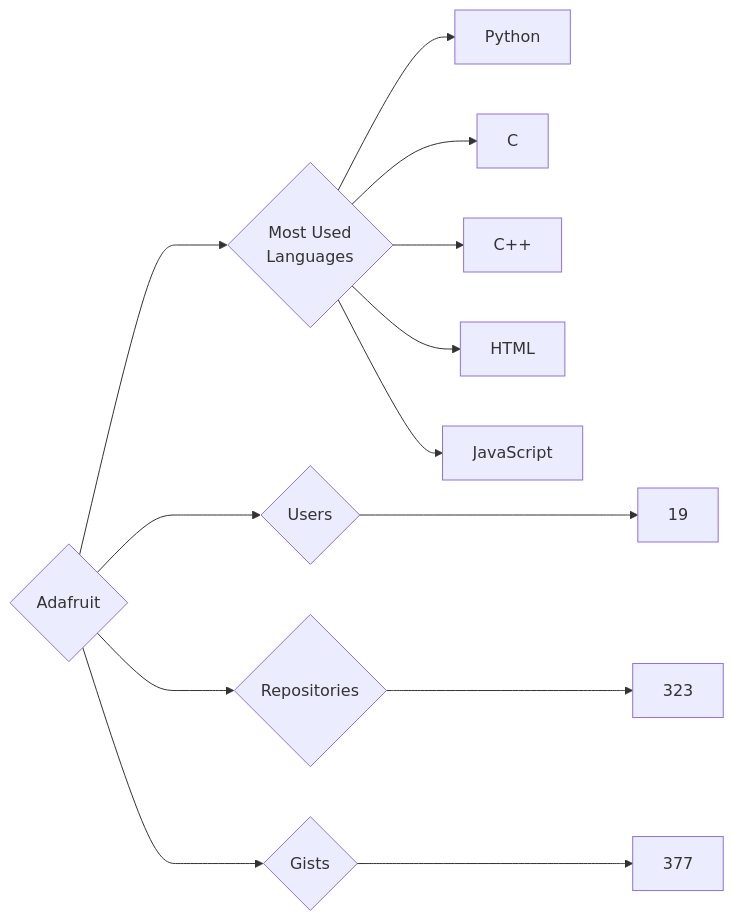
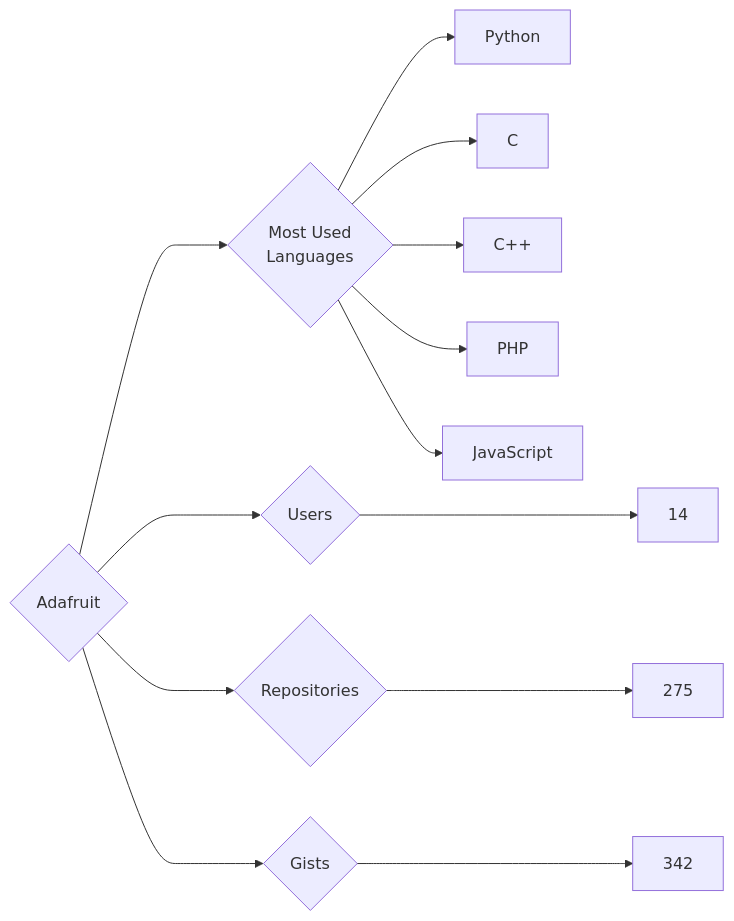
The diagram in targets/Adafruit/README.md (trickest/insiders), drawn with Mermaid before and after one commit. The commit also changed 777 other files, not shown here.

````diff
--- a/targets/Adafruit/README.md
+++ b/targets/Adafruit/README.md
@@ -3,13 +3,13 @@
 ```mermaid
 graph LR
 COMPANY_NAME{Adafruit}
-COMPANY_NAME ---> U{Users} ---> UN[19]
-COMPANY_NAME ---> R{Repositories} ---> RN[323]
-COMPANY_NAME ---> G{Gists} ---> GN[377]
+COMPANY_NAME ---> U{Users} ---> UN[14]
+COMPANY_NAME ---> R{Repositories} ---> RN[275]
+COMPANY_NAME ---> G{Gists} ---> GN[342]
 COMPANY_NAME ---> ML{Most Used<br>Languages}
 ML --> Python[Python]
 ML --> C[C]
 ML --> C++[C++]
-ML --> HTML[HTML]
+ML --> PHP[PHP]
 ML --> JavaScript[JavaScript]
 ```
````
